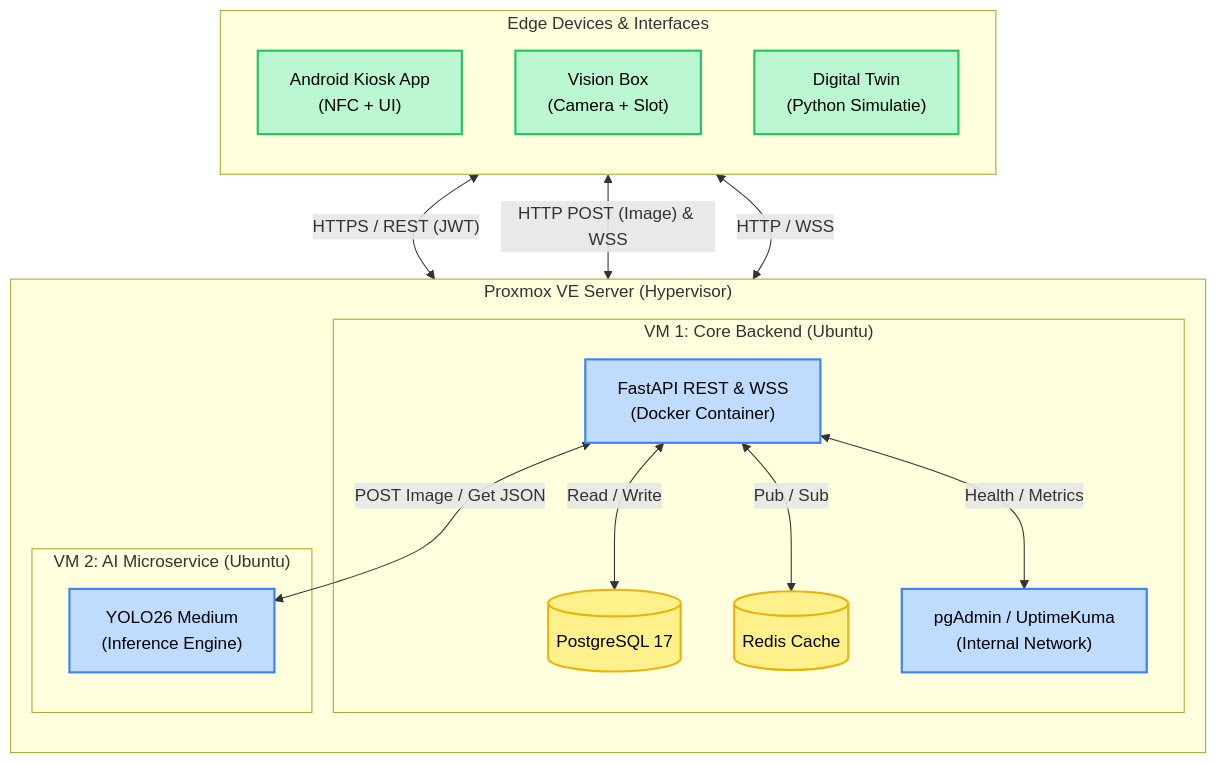
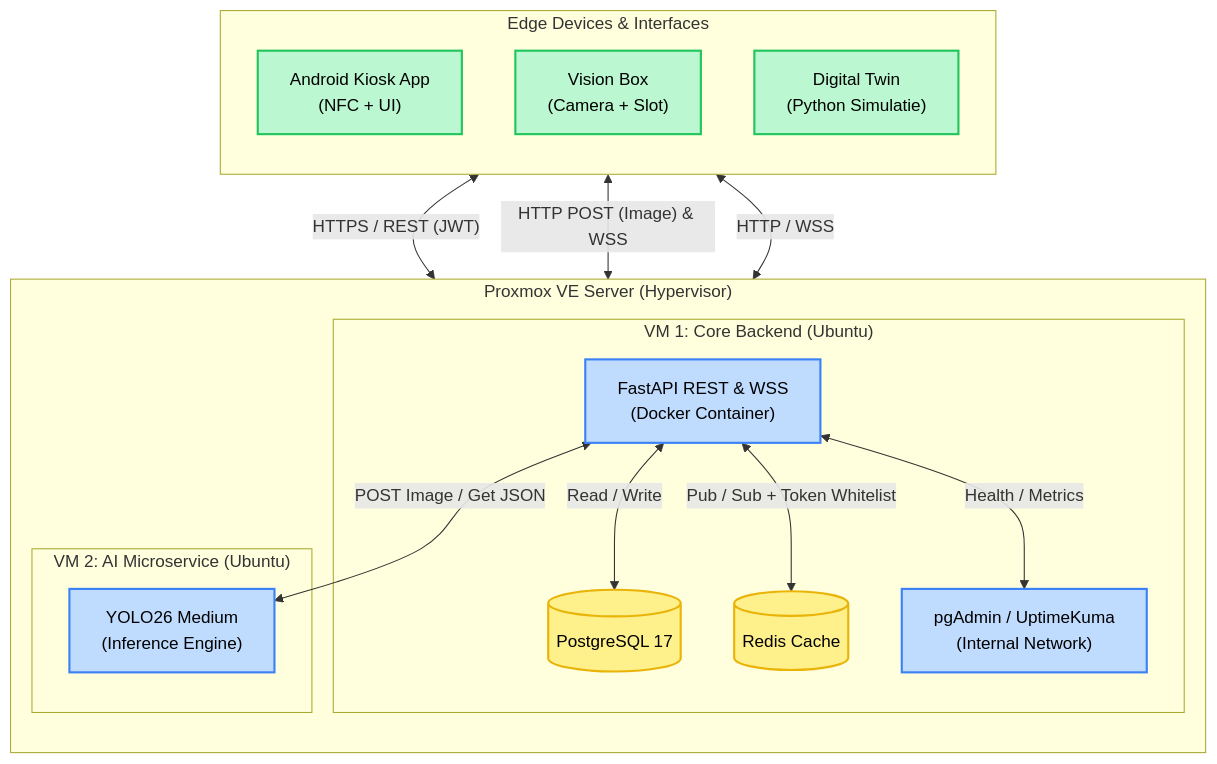
The first of 3 diagrams in docs/architecture.md (easylend-practice-enterprise/easylend), drawn with Mermaid before and after one commit. The commit also changed other lines of this file and 4 other files, not shown here.

Commit message:
docs: update architecture diagrams and workflows for Redis refresh token logic

````diff
--- a/docs/architecture.md
+++ b/docs/architecture.md
@@ -11,40 +11,40 @@
 ```mermaid
 flowchart TD
     %% STIJLEN
     classDef container fill:#bfdbfe,stroke:#3b82f6,stroke-width:2px,color:#000;
     classDef db fill:#fef08a,stroke:#eab308,stroke-width:2px,color:#000;
     classDef edge fill:#bbf7d0,stroke:#22c55e,stroke-width:2px,color:#000;
 
     subgraph Edge ["Edge Devices & Interfaces"]
         direction TB
         K["Android Kiosk App<br/>(NFC + UI)"]:::edge
         V["Vision Box<br/>(Camera + Slot)"]:::edge
         S["Digital Twin<br/>(Python Simulatie)"]:::edge
     end
 
     subgraph Proxmox ["Proxmox VE Server (Hypervisor)"]
         direction TB
         
         subgraph VM1 ["VM 1: Core Backend (Ubuntu)"]
             API["FastAPI REST & WSS<br/>(Docker Container)"]:::container
             DB[("PostgreSQL 17")]:::db
             REDIS[("Redis Cache")]:::db
             MONITOR["pgAdmin / UptimeKuma<br/>(Internal Network)"]:::container
         end
 
         subgraph VM2 ["VM 2: AI Microservice (Ubuntu)"]
             YOLO["YOLO26 Medium<br/>(Inference Engine)"]:::container
         end
     end
 
     %% Connections
     K <-->|"HTTPS / REST (JWT)"| API
     V <-->|"HTTP POST (Image) & WSS"| API
     S <-->|"HTTP / WSS"| API
     
     API <-->|"Read / Write"| DB
-    API <-->|"Pub / Sub"| REDIS
+    API <-->|"Pub / Sub + Token Whitelist"| REDIS
     API <-->|"POST Image / Get JSON"| YOLO
     API <-->|"Health / Metrics"| MONITOR
 
 ```
````
